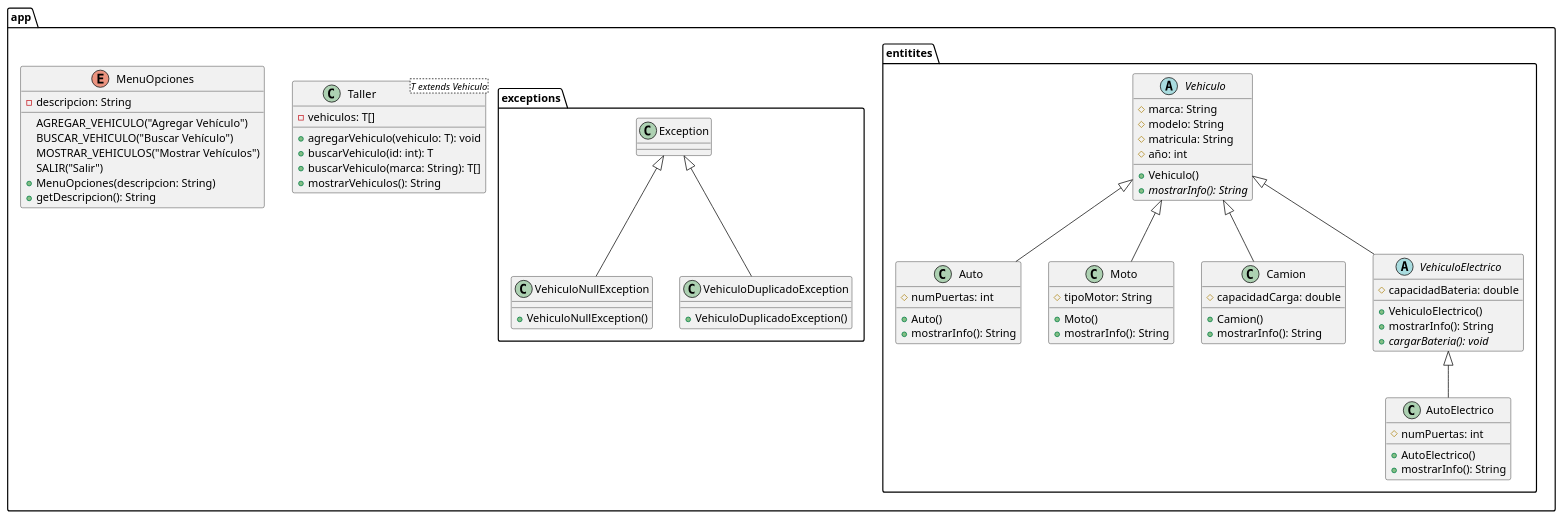
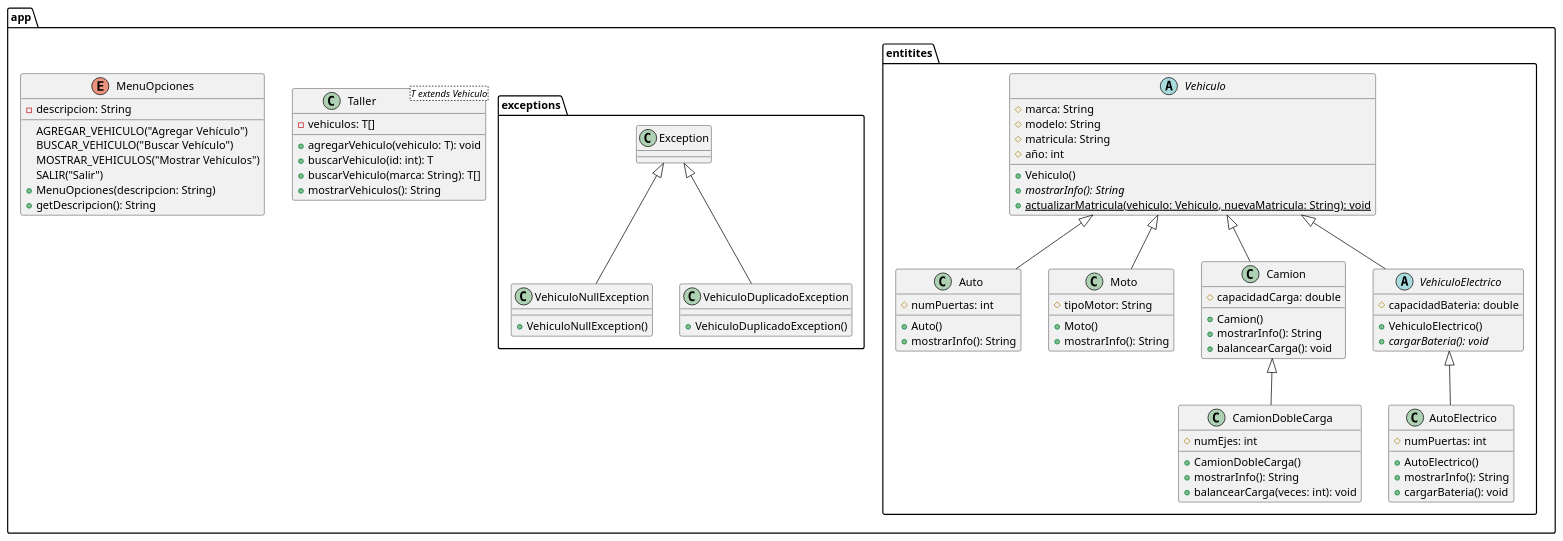
One commit to jesus-castro89/poo changed the diagram in Writerside/topics/ejemplo-6.md. Above: the diagram before and after it, drawn with PlantUML. The commit also changed 13 other files, not shown here.

Commit message:
Diagramas de Clases

```diff
--- a/Writerside/topics/ejemplo-6.md
+++ b/Writerside/topics/ejemplo-6.md
@@ -40,6 +40,7 @@
     # año: int
     + Vehiculo()
     + {abstract}mostrarInfo(): String
+    + {static}actualizarMatricula(vehiculo: Vehiculo, nuevaMatricula: String): void
 }
 
 class Auto extends Vehiculo {
@@ -58,12 +59,19 @@
     # capacidadCarga: double
     + Camion()
     + mostrarInfo(): String
+    + balancearCarga(): void
+}
+
+class CamionDobleCarga extends  Camion{
+    # numEjes: int
+    + CamionDobleCarga()
+    + mostrarInfo(): String
+    + balancearCarga(veces: int): void
 }
 
 abstract class VehiculoElectrico extends Vehiculo {
     # capacidadBateria: double
     + VehiculoElectrico()
-    + mostrarInfo(): String
     + {abstract}cargarBateria(): void
 }   
 
@@ -71,6 +79,7 @@
     # numPuertas: int
     + AutoElectrico()
     + mostrarInfo(): String
+    + cargarBateria(): void
 }
 
 }
```
